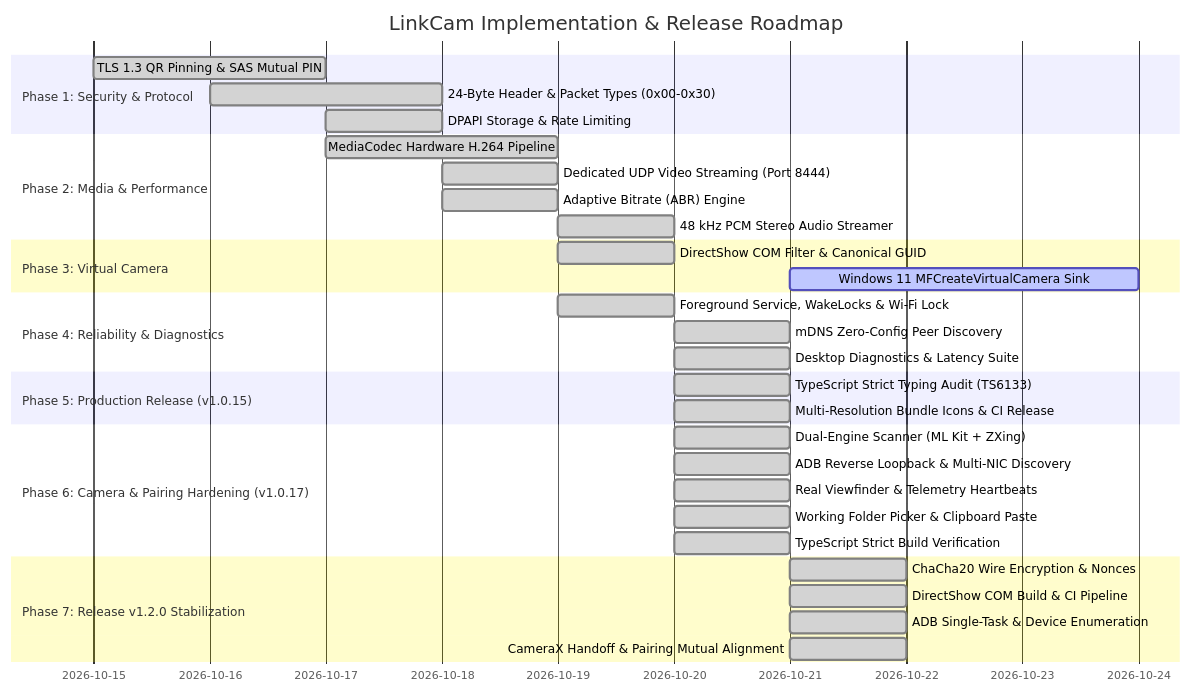
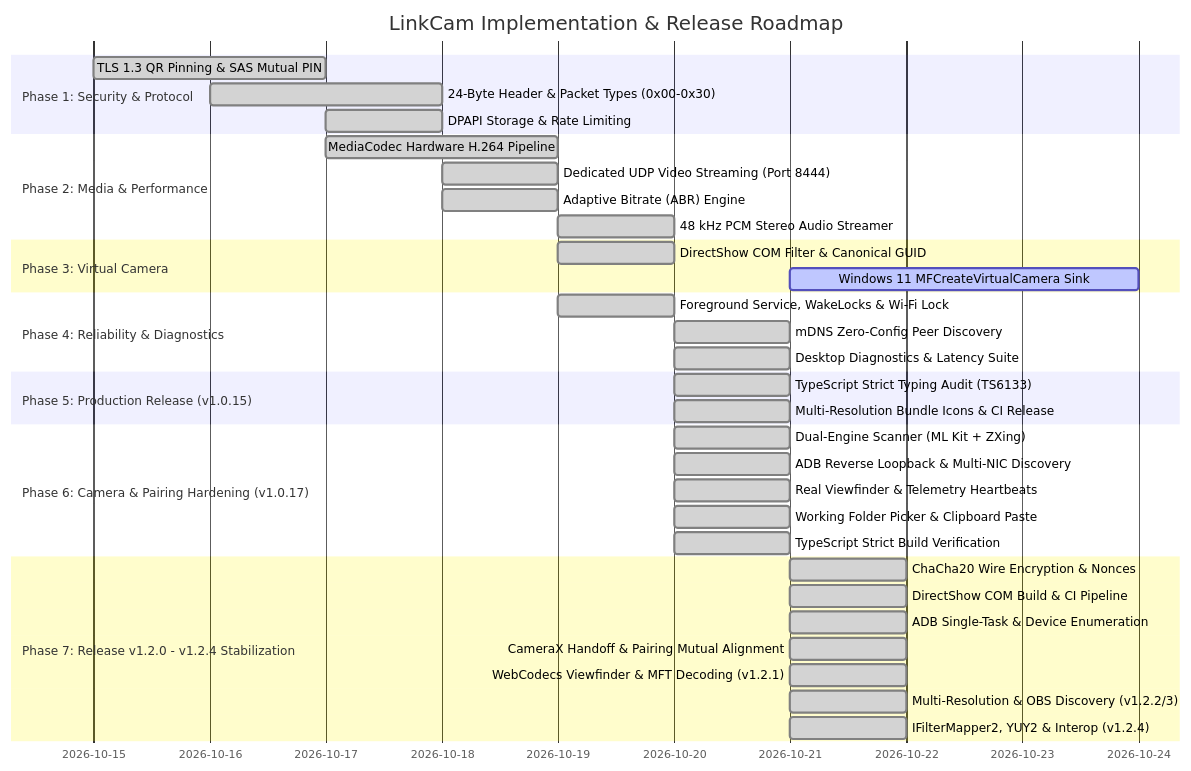
The fifth of 5 diagrams in SYSTEM_ARCHITECTURE_AND_SPECIFICATION.md (Aniketkumar-01/LinkCam), drawn with Mermaid before and after one commit. The commit also changed other lines of this file and 24 other files, not shown here.

````diff
--- a/SYSTEM_ARCHITECTURE_AND_SPECIFICATION.md
+++ b/SYSTEM_ARCHITECTURE_AND_SPECIFICATION.md
@@ -629,35 +711,38 @@
 ```mermaid
 gantt
     title LinkCam Implementation & Release Roadmap
     dateFormat  YYYY-MM-DD
     section Phase 1: Security & Protocol
     TLS 1.3 QR Pinning & SAS Mutual PIN        :done, p1_1, 2026-10-15, 2d
     24-Byte Header & Packet Types (0x00-0x30)  :done, p1_2, 2026-10-16, 2d
     DPAPI Storage & Rate Limiting              :done, p1_3, 2026-10-17, 1d
     section Phase 2: Media & Performance
     MediaCodec Hardware H.264 Pipeline         :done, p2_1, 2026-10-17, 2d
     Dedicated UDP Video Streaming (Port 8444)  :done, p2_2, 2026-10-18, 1d
     Adaptive Bitrate (ABR) Engine              :done, p2_3, 2026-10-18, 1d
     48 kHz PCM Stereo Audio Streamer           :done, p2_4, 2026-10-19, 1d
     section Phase 3: Virtual Camera
     DirectShow COM Filter & Canonical GUID     :done, p3_1, 2026-10-19, 1d
     Windows 11 MFCreateVirtualCamera Sink      :active, p3_2, 2026-10-21, 3d
     section Phase 4: Reliability & Diagnostics
     Foreground Service, WakeLocks & Wi-Fi Lock :done, p4_1, 2026-10-19, 1d
     mDNS Zero-Config Peer Discovery            :done, p4_2, 2026-10-20, 1d
     Desktop Diagnostics & Latency Suite        :done, p4_3, 2026-10-20, 1d
     section Phase 5: Production Release (v1.0.15)
     TypeScript Strict Typing Audit (TS6133)    :done, p5_1, 2026-10-20, 1d
     Multi-Resolution Bundle Icons & CI Release :done, p5_2, 2026-10-20, 1d
     section Phase 6: Camera & Pairing Hardening (v1.0.17)
     Dual-Engine Scanner (ML Kit + ZXing)       :done, p6_1, 2026-10-20, 1d
     ADB Reverse Loopback & Multi-NIC Discovery :done, p6_2, 2026-10-20, 1d
     Real Viewfinder & Telemetry Heartbeats     :done, p6_3, 2026-10-20, 1d
     Working Folder Picker & Clipboard Paste    :done, p6_4, 2026-10-20, 1d
     TypeScript Strict Build Verification       :done, p6_5, 2026-10-20, 1d
-    section Phase 7: Release v1.2.0 Stabilization
+    section Phase 7: Release v1.2.0 - v1.2.4 Stabilization
     ChaCha20 Wire Encryption & Nonces         :done, p7_1, 2026-10-21, 1d
     DirectShow COM Build & CI Pipeline         :done, p7_2, 2026-10-21, 1d
     ADB Single-Task & Device Enumeration       :done, p7_3, 2026-10-21, 1d
     CameraX Handoff & Pairing Mutual Alignment :done, p7_4, 2026-10-21, 1d
+    WebCodecs Viewfinder & MFT Decoding (v1.2.1) :done, p7_5, 2026-10-21, 1d
+    Multi-Resolution & OBS Discovery (v1.2.2/3):done, p7_6, 2026-10-21, 1d
+    IFilterMapper2, YUY2 & Interop (v1.2.4)    :done, p7_7, 2026-10-21, 1d
 ```
````
